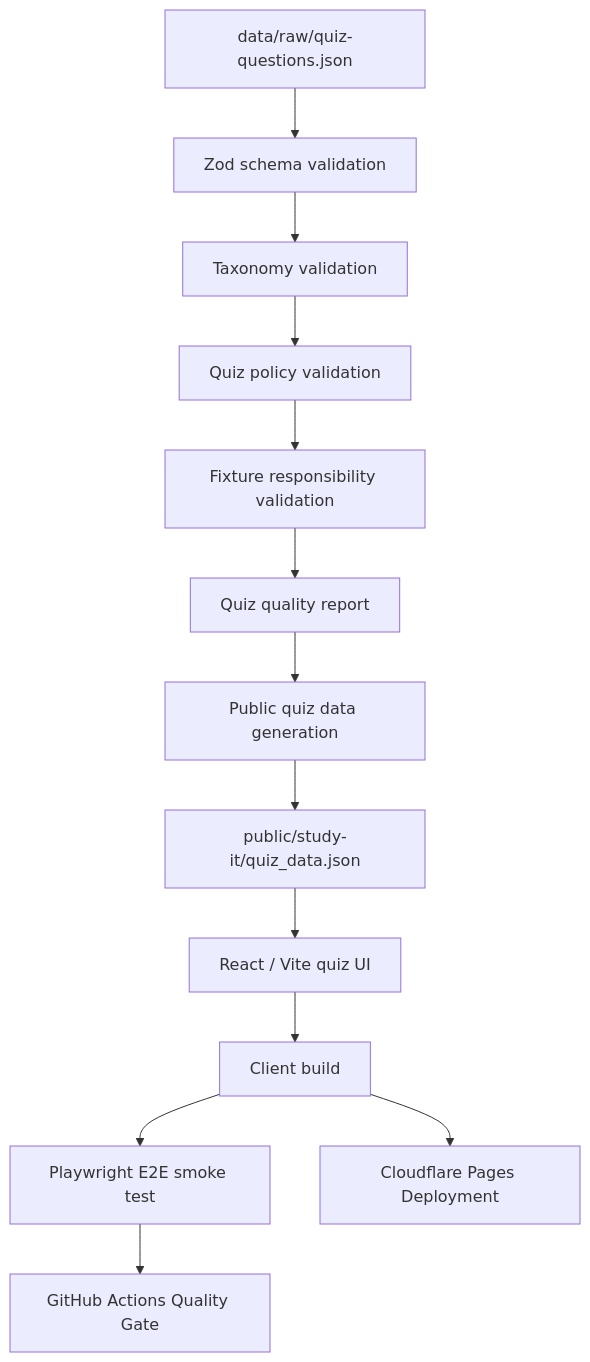
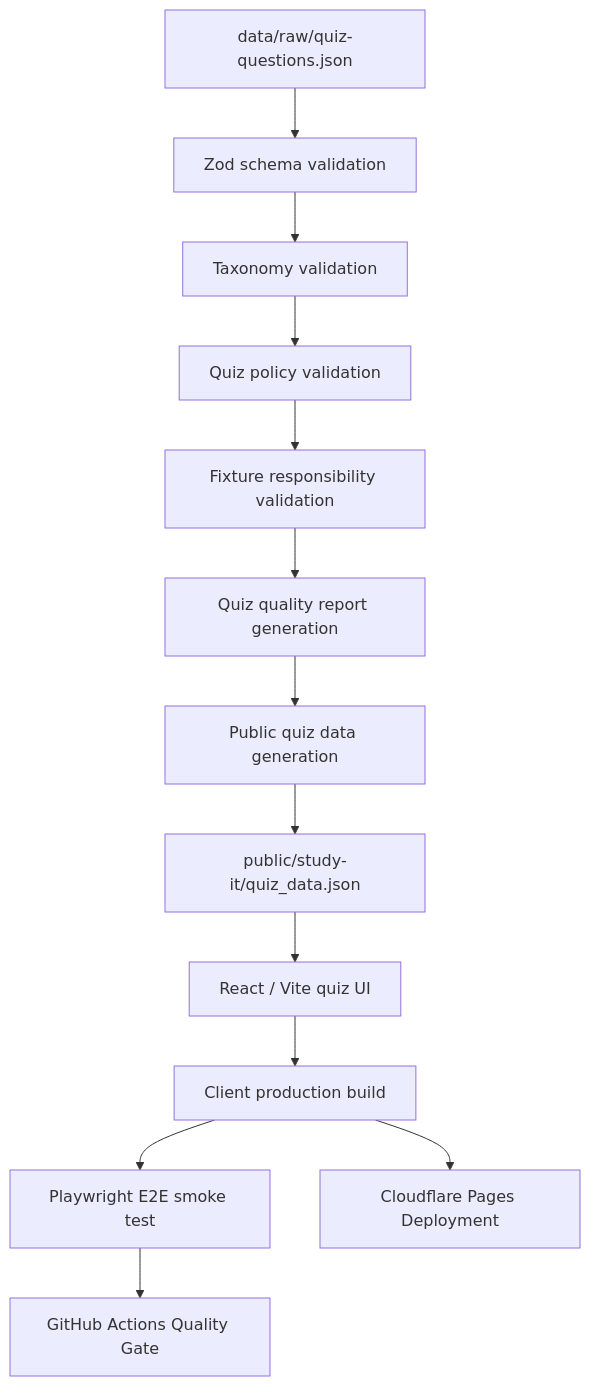
Before and after one commit to YUKI-MARUYAMA-job/qa-sre-learning-mvp: the diagram in docs/architecture/architechture.md, drawn with Mermaid. The commit also changed other lines of this file and 6 other files, not shown here.

````diff
--- a/docs/architecture/architechture.md
+++ b/docs/architecture/architechture.md
@@ -25,15 +40,15 @@
 ```mermaid
 flowchart TD
   A[data/raw/quiz-questions.json] --> B[Zod schema validation]
   B --> C[Taxonomy validation]
   C --> D[Quiz policy validation]
   D --> E[Fixture responsibility validation]
-  E --> F[Quiz quality report]
+  E --> F[Quiz quality report generation]
   F --> G[Public quiz data generation]
   G --> H[public/study-it/quiz_data.json]
   H --> I[React / Vite quiz UI]
-  I --> J[Client build]
+  I --> J[Client production build]
   J --> K[Playwright E2E smoke test]
   K --> L[GitHub Actions Quality Gate]
   J --> M[Cloudflare Pages Deployment]
 ```
````
